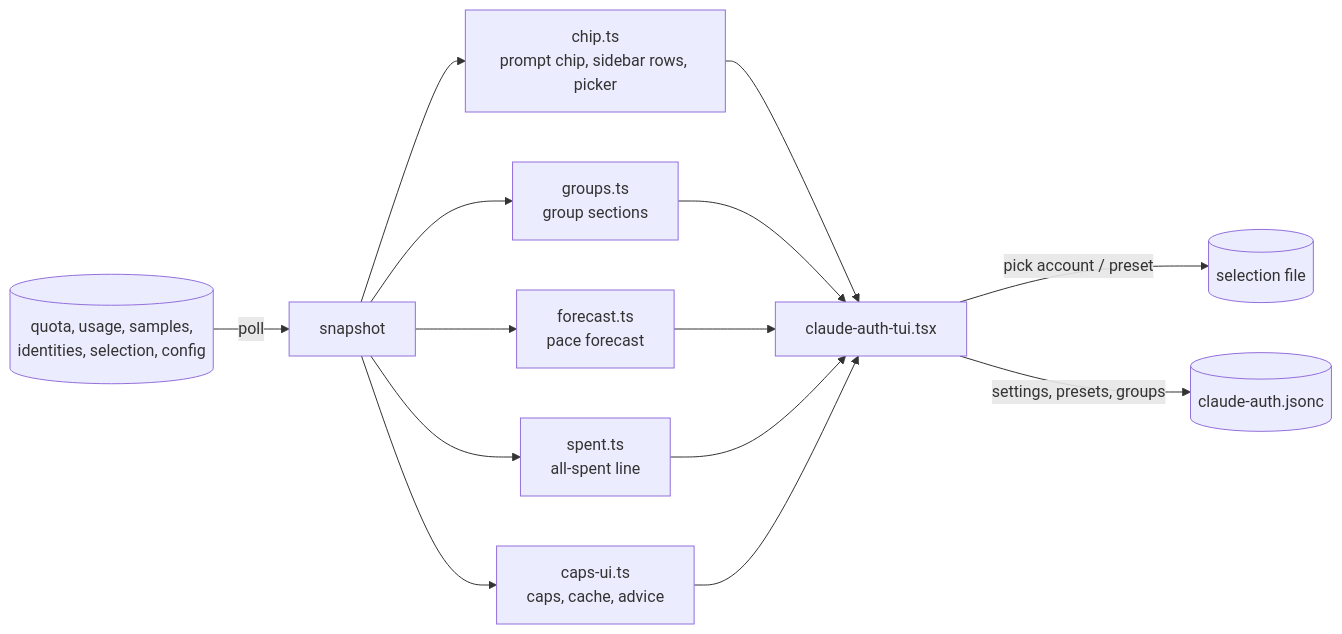
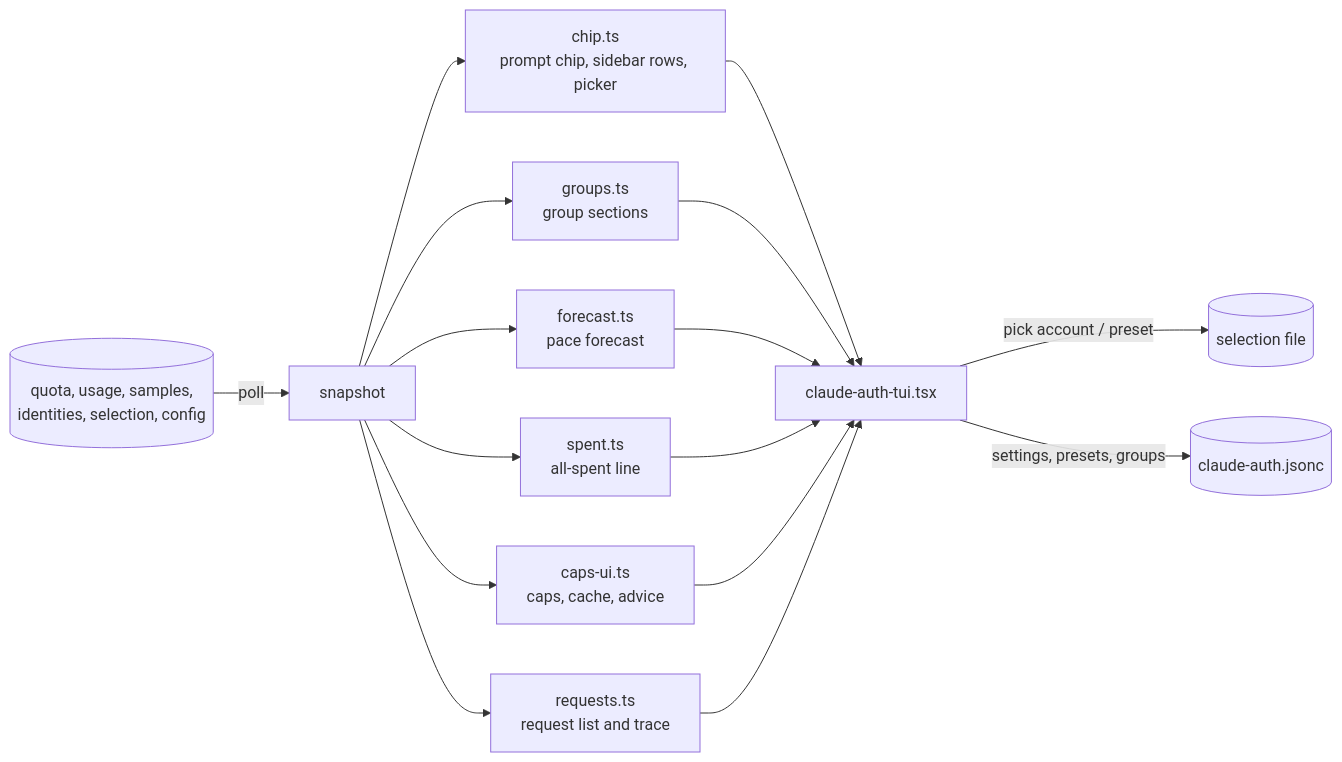
One commit to mrmm/opencode-claude-accounts changed the fifth of 5 diagrams in docs/architecture.md. Above: the diagram before and after it, drawn with Mermaid. The commit also changed other lines of this file and 5 other files, not shown here.

Commit message:
feat(tui): /cc-requests lists recent requests with a per-request trace

````diff
--- a/docs/architecture.md
+++ b/docs/architecture.md
@@ -166,12 +171,13 @@
 ```mermaid
 flowchart LR
   files[("quota, usage, samples,<br/>identities, selection, config")] -->|poll| snap["snapshot"]
   snap --> chip["chip.ts<br/>prompt chip, sidebar rows, picker"]
   snap --> groups["groups.ts<br/>group sections"]
   snap --> forecast["forecast.ts<br/>pace forecast"]
   snap --> spent["spent.ts<br/>all-spent line"]
   snap --> caps["caps-ui.ts<br/>caps, cache, advice"]
-  chip & groups & forecast & spent & caps --> tsx["claude-auth-tui.tsx"]
+  snap --> reqs["requests.ts<br/>request list and trace"]
+  chip & groups & forecast & spent & caps & reqs --> tsx["claude-auth-tui.tsx"]
   tsx -->|"pick account / preset"| sel[("selection file")]
   tsx -->|"settings, presets, groups"| cfgw[("claude-auth.jsonc")]
 ```
````
